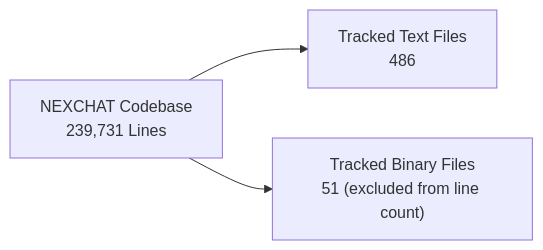
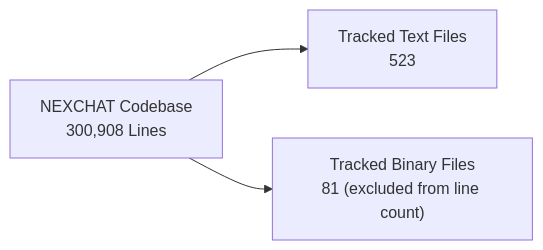
The second of 3 diagrams in count.md (alexhack235-code/NEXCHAT), drawn with Mermaid before and after one commit. The commit also changed other lines of this file and 29 other files, not shown here.

````diff
--- a/count.md
+++ b/count.md
@@ -78,5 +78,5 @@
 ```mermaid
 flowchart LR
-    ROOT["NEXCHAT Codebase<br/>239,731 Lines"] --> TEXT["Tracked Text Files<br/>486"]
-    ROOT --> BINARY["Tracked Binary Files<br/>51 (excluded from line count)"]
+    ROOT["NEXCHAT Codebase<br/>300,908 Lines"] --> TEXT["Tracked Text Files<br/>523"]
+    ROOT --> BINARY["Tracked Binary Files<br/>81 (excluded from line count)"]
 ```
````
